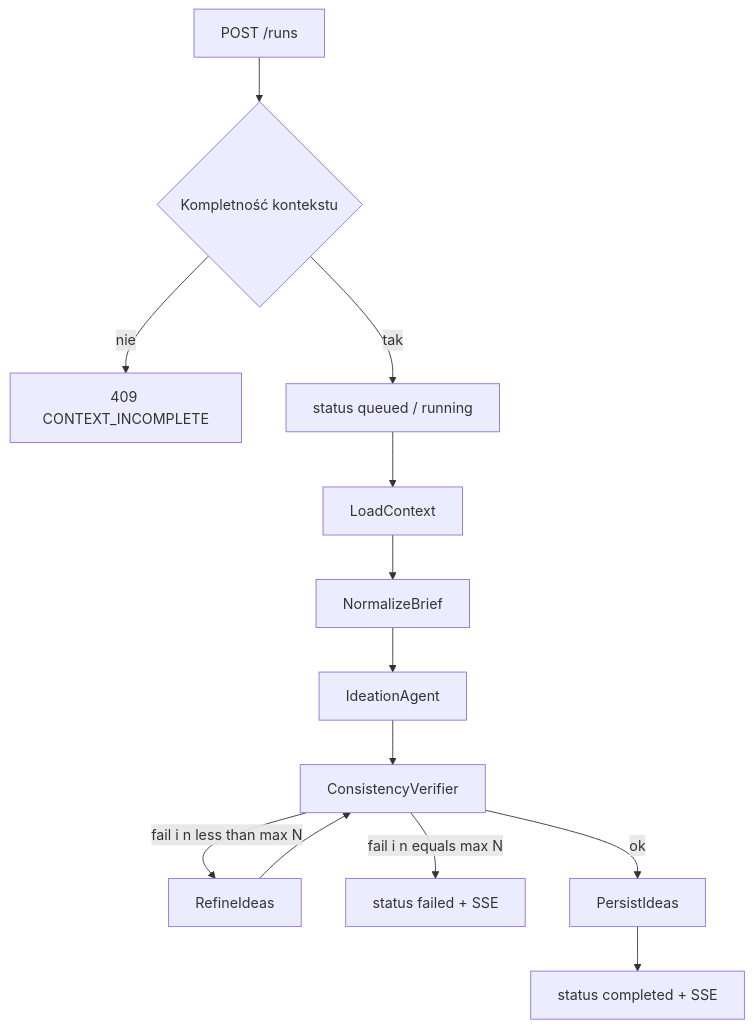
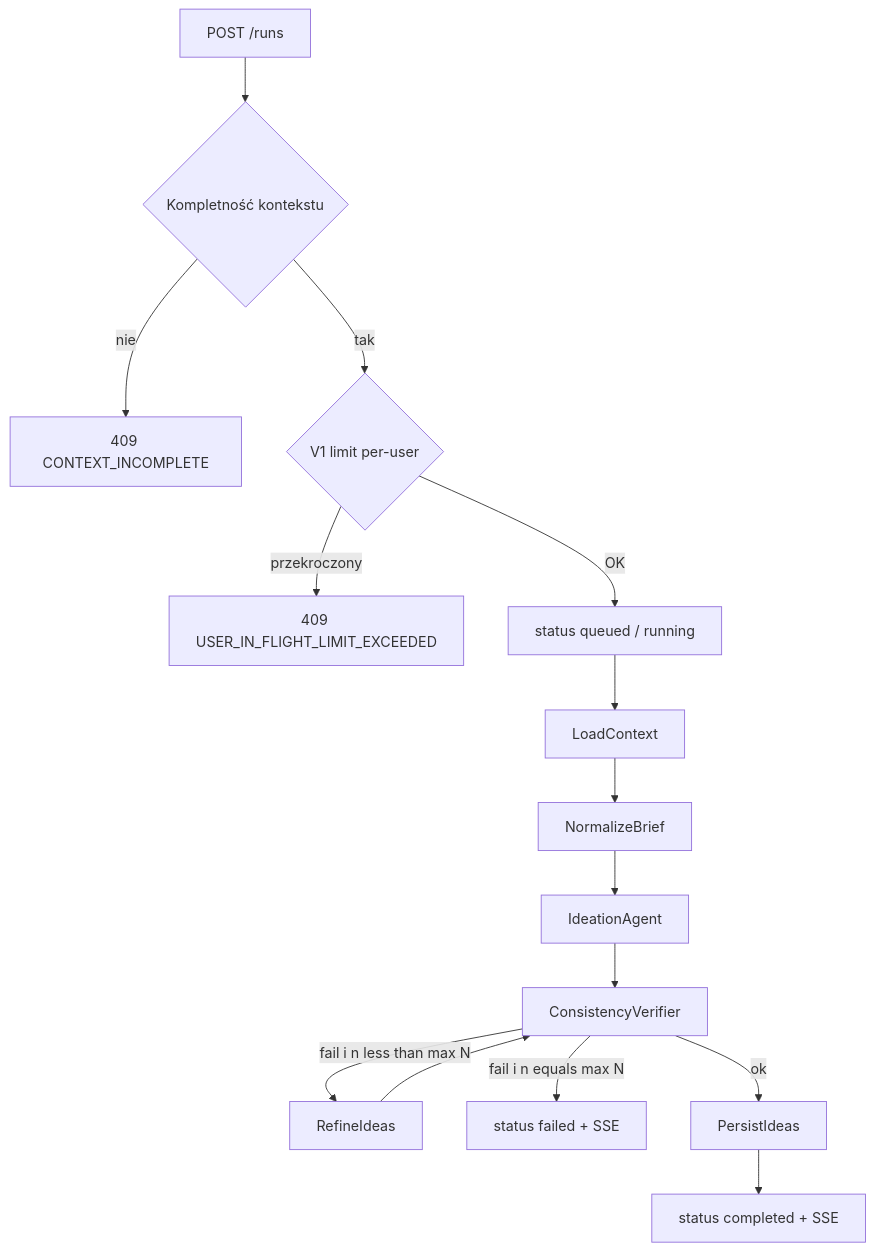
Before and after one commit to matej2314/content-chain: the third of 7 diagrams in docs/data_flow.md, drawn with Mermaid. The commit also changed other lines of this file and 13 other files, not shown here.

Commit message:
legalize per-user in-flight limit and abort-to-gateway as V1

````diff
--- a/docs/data_flow.md
+++ b/docs/data_flow.md
@@ -110,15 +116,17 @@
 ```mermaid
 flowchart TB
   Start[POST /runs] --> Gate{Kompletność kontekstu}
   Gate -->|nie| E409[409 CONTEXT_INCOMPLETE]
-  Gate -->|tak| Q[status queued / running]
+  Gate -->|tak| PerUser{V1 limit per-user}
+  PerUser -->|przekroczony| ELim[409 USER_IN_FLIGHT_LIMIT_EXCEEDED]
+  PerUser -->|OK| Q[status queued / running]
   Q --> Load[LoadContext]
   Load --> Norm[NormalizeBrief]
   Norm --> Idea[IdeationAgent]
   Idea --> Ver[ConsistencyVerifier]
   Ver -->|fail i n less than max N| Ref[RefineIdeas]
   Ref --> Ver
   Ver -->|fail i n equals max N| Fail[status failed + SSE]
   Ver -->|ok| Pers[PersistIdeas]
   Pers --> Done[status completed + SSE]
 ```
````
